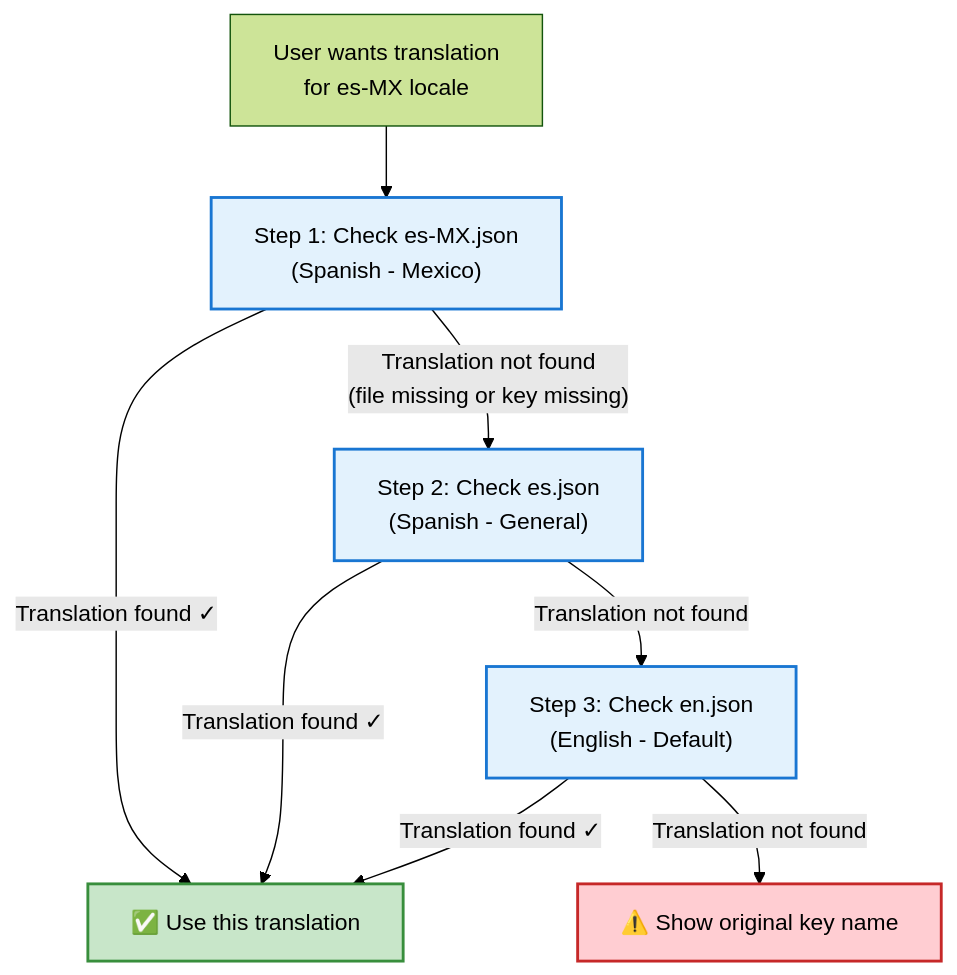
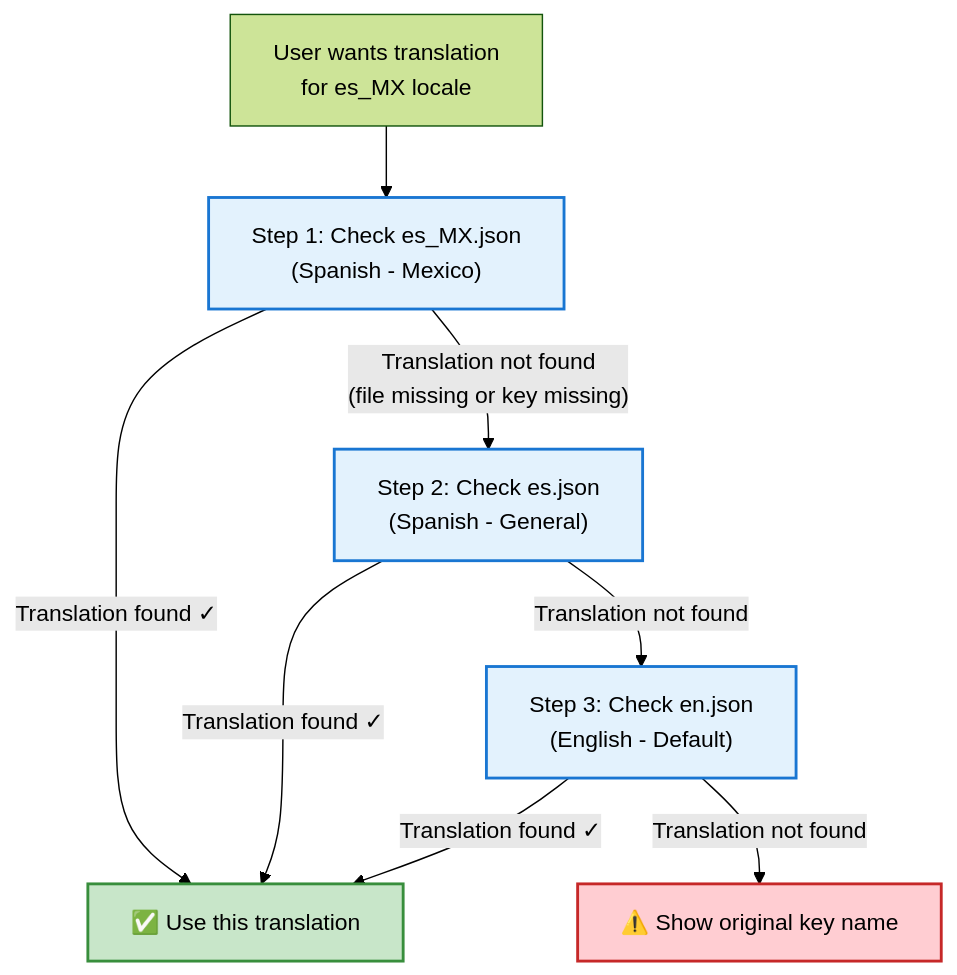
One commit to ingdas/suprsend-documentation changed the diagram in docs/translations.mdx. Above: the diagram before and after it, drawn with Mermaid (forest theme). The commit also changed other lines of this file, not shown here.

Commit message:
update locale format

````diff
--- a/docs/translations.mdx
+++ b/docs/translations.mdx
@@ -72,16 +72,16 @@
 ```mermaid
 flowchart TD
-    Start["User wants translation<br/>for es-MX locale"] --> Step1["Step 1: Check es-MX.json<br/>(Spanish - Mexico)"]
+    Start["User wants translation<br/>for es_MX locale"] --> Step1["Step 1: Check es_MX.json<br/>(Spanish - Mexico)"]
     Step1 -->|"Translation found ✓"| Success["✅ Use this translation"]
     Step1 -->|"Translation not found<br/>(file missing or key missing)"| Step2["Step 2: Check es.json<br/>(Spanish - General)"]
     Step2 -->|"Translation found ✓"| Success
     Step2 -->|"Translation not found"| Step3["Step 3: Check en.json<br/>(English - Default)"]
     Step3 -->|"Translation found ✓"| Success
     Step3 -->|"Translation not found"| Fallback["⚠️ Show original key name"]
     
     style Step1 fill:#e3f2fd,stroke:#1976d2,stroke-width:2px,color:#000
     style Step2 fill:#e3f2fd,stroke:#1976d2,stroke-width:2px,color:#000
     style Step3 fill:#e3f2fd,stroke:#1976d2,stroke-width:2px,color:#000
     style Success fill:#c8e6c9,stroke:#388e3c,stroke-width:2px,color:#000
     style Fallback fill:#ffcdd2,stroke:#c62828,stroke-width:2px,color:#000
 ```
````
